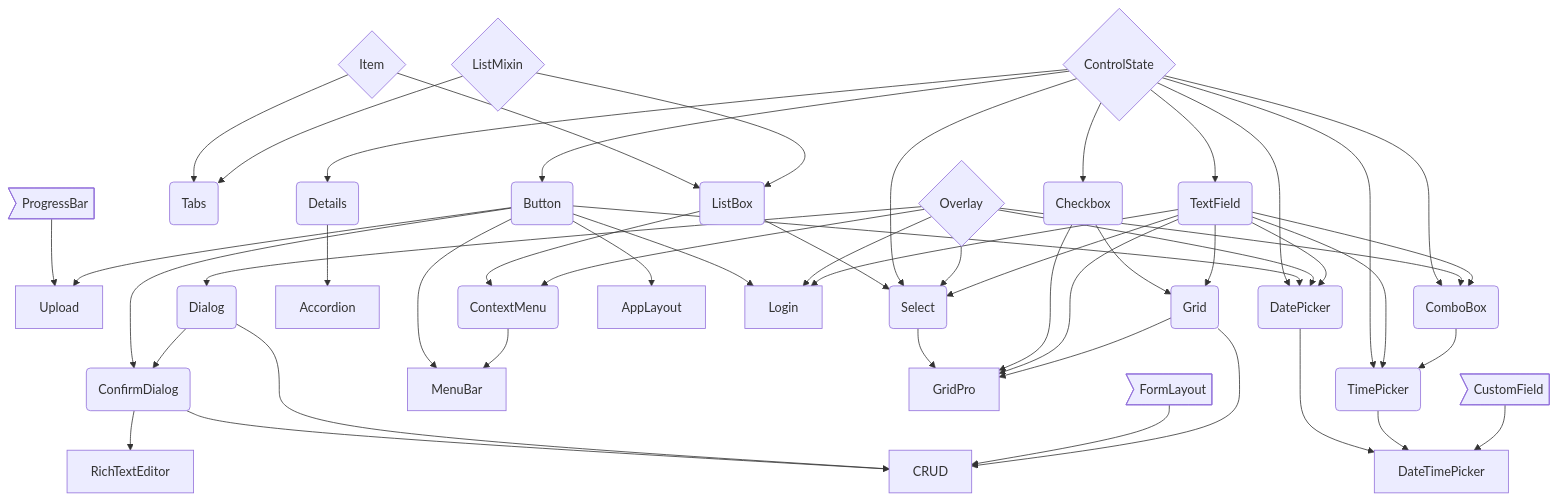
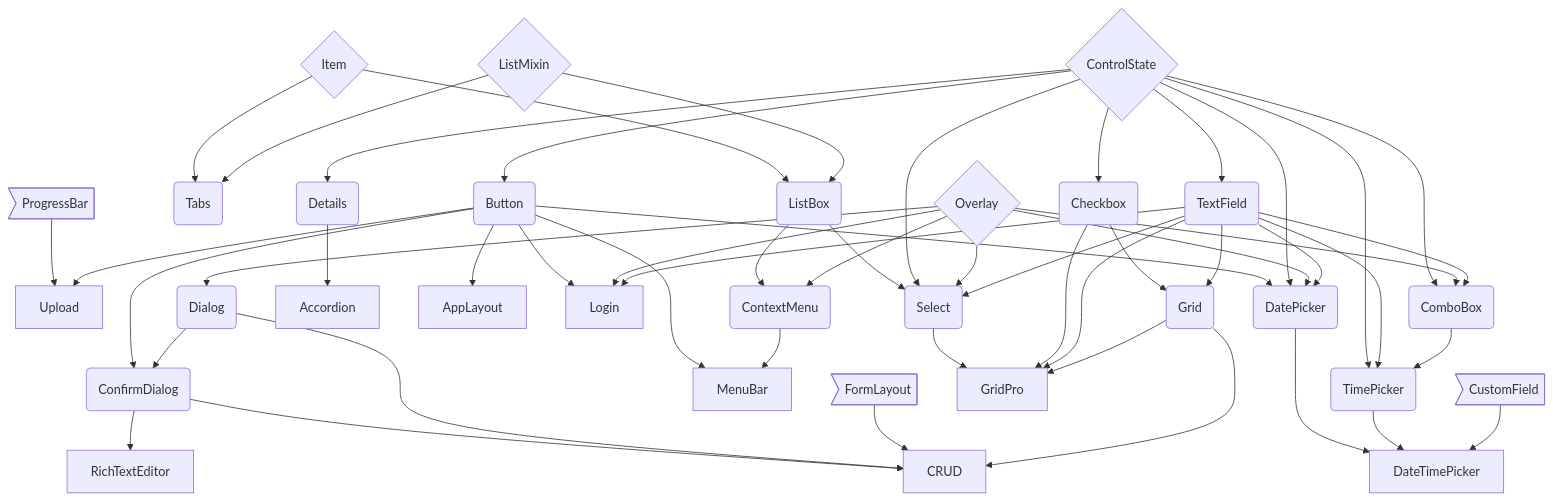
The diagram in COMPONENTS.md (web-padawan/components-flowchart), drawn with Mermaid before and after one commit. The commit also changed other lines of this file, not shown here.

Commit message:
Rearrange form-layout, menu-bar and app-layout

````diff
--- a/COMPONENTS.md
+++ b/COMPONENTS.md
@@ -1,80 +1,80 @@
 ```mermaid
 graph TB
 
 PB>ProgressBar]
 PB --> U[Upload]
 
 LM{ListMixin}
 I{Item}
 
 I --> TB(Tabs)
 I --> LB(ListBox)
 LM --> TB
 LM --> LB
 LB --> CM(ContextMenu)
 LB --> S(Select)
 
 CSM{ControlState}
 
 CSM --> DT(Details)
 DT --> A[Accordion]
 
 CSM --> B(Button)
+B --> AL[AppLayout]
+B --> U[Upload]
+B --> CD(ConfirmDialog)
+B --> LG[Login]
+B --> DP
+
 CSM --> C(Checkbox)
 CSM --> T(TextField)
 CSM --> CB(ComboBox)
 CSM --> DP(DatePicker)
 CSM --> TP(TimePicker)
 CSM --> S
-
-B --> U[Upload]
-B --> CD(ConfirmDialog)
-B --> MB[MenuBar]
-B --> AL[AppLayout]
-B --> LG[Login]
-B --> DP
 
 O{Overlay}
 O --> D(Dialog)
 O --> LG
 O --> DP
 O --> CM
 O --> CB
 O --> S
 
+B --> MB[MenuBar]
 CM --> MB
 
 D --> CD
+
+FL>FormLayout]
 
 T --> LG
 T --> S
 T --> DP
 T --> TP
 T --> CB
 
 CB --> TP
 
 DP --> DTP[DateTimePicker]
 TP --> DTP
 
 CD --> RTE[RichTextEditor]
 
 S --> GP[GridPro]
 C --> GP
 T --> GP
 
 CF>CustomField]
 CF --> DTP
 
 C --> G(Grid)
 T --> G
 
 CD --> CR[CRUD]
 D --> CR
 G --> GP
 
-FL>FormLayout]
 FL --> CR
-
 G --> CR
 ```
````
